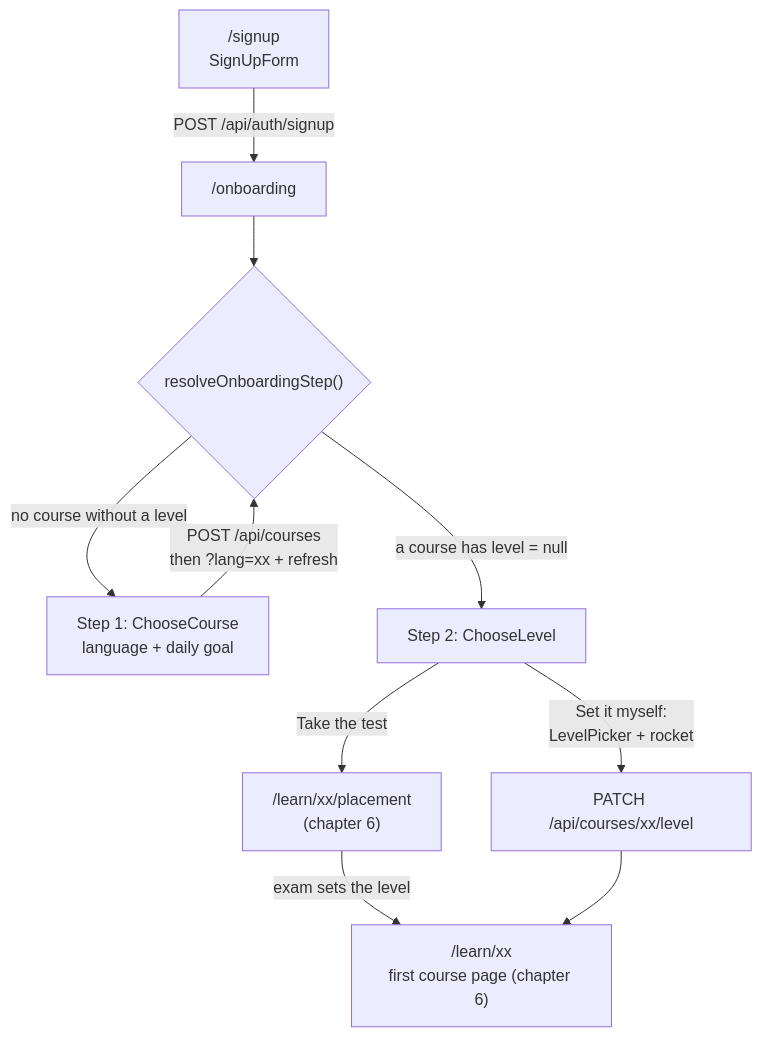
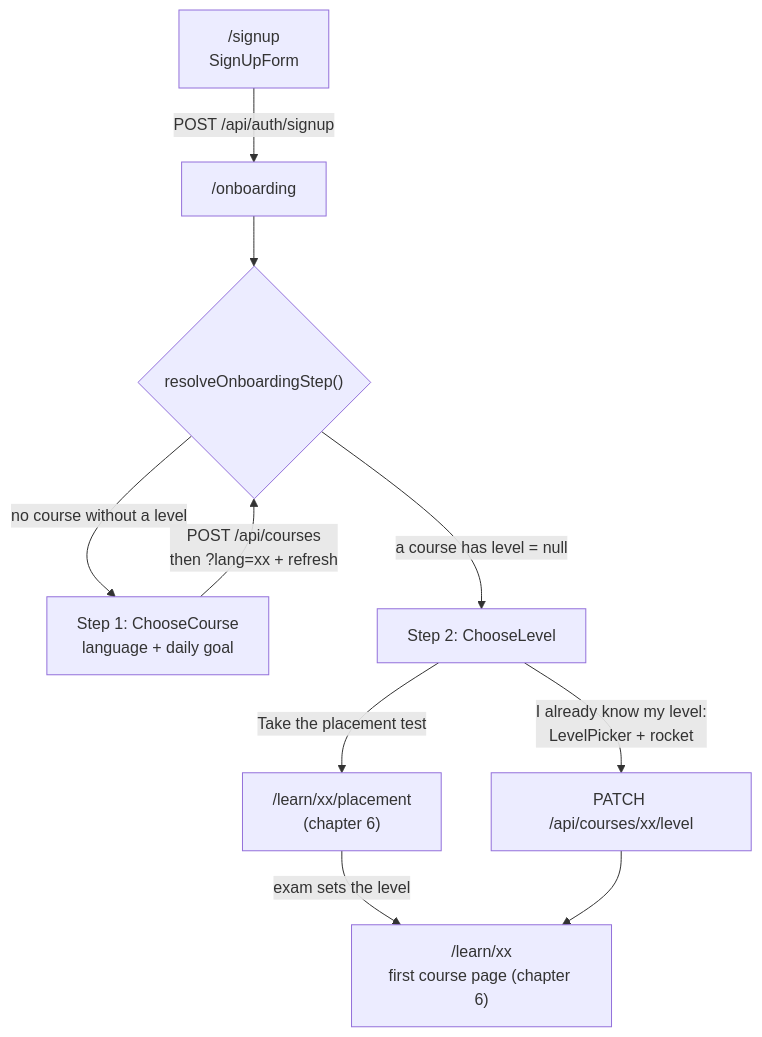
Before and after one commit to VictorBro/ft_transcendence: the third of 5 diagrams in docs/web/05-account-pages.md, drawn with Mermaid. The commit also changed other lines of this file and 85 other files, not shown here.

````diff
--- a/docs/web/05-account-pages.md
+++ b/docs/web/05-account-pages.md
@@ -405,12 +407,12 @@
 ```mermaid
 flowchart TD
   A["/signup<br/>SignUpForm"] -->|"POST /api/auth/signup"| B["/onboarding"]
   B --> R{"resolveOnboardingStep()"}
   R -->|"no course without a level"| C["Step 1: ChooseCourse<br/>language + daily goal"]
   C -->|"POST /api/courses<br/>then ?lang=xx + refresh"| R
   R -->|"a course has level = null"| D["Step 2: ChooseLevel"]
-  D -->|"Take the test"| E["/learn/xx/placement<br/>(chapter 6)"]
-  D -->|"Set it myself:<br/>LevelPicker + rocket"| F["PATCH /api/courses/xx/level"]
+  D -->|"Take the placement test"| E["/learn/xx/placement<br/>(chapter 6)"]
+  D -->|"I already know my level:<br/>LevelPicker + rocket"| F["PATCH /api/courses/xx/level"]
   E -->|"exam sets the level"| G
   F --> G["/learn/xx<br/>first course page (chapter 6)"]
 ```
````
